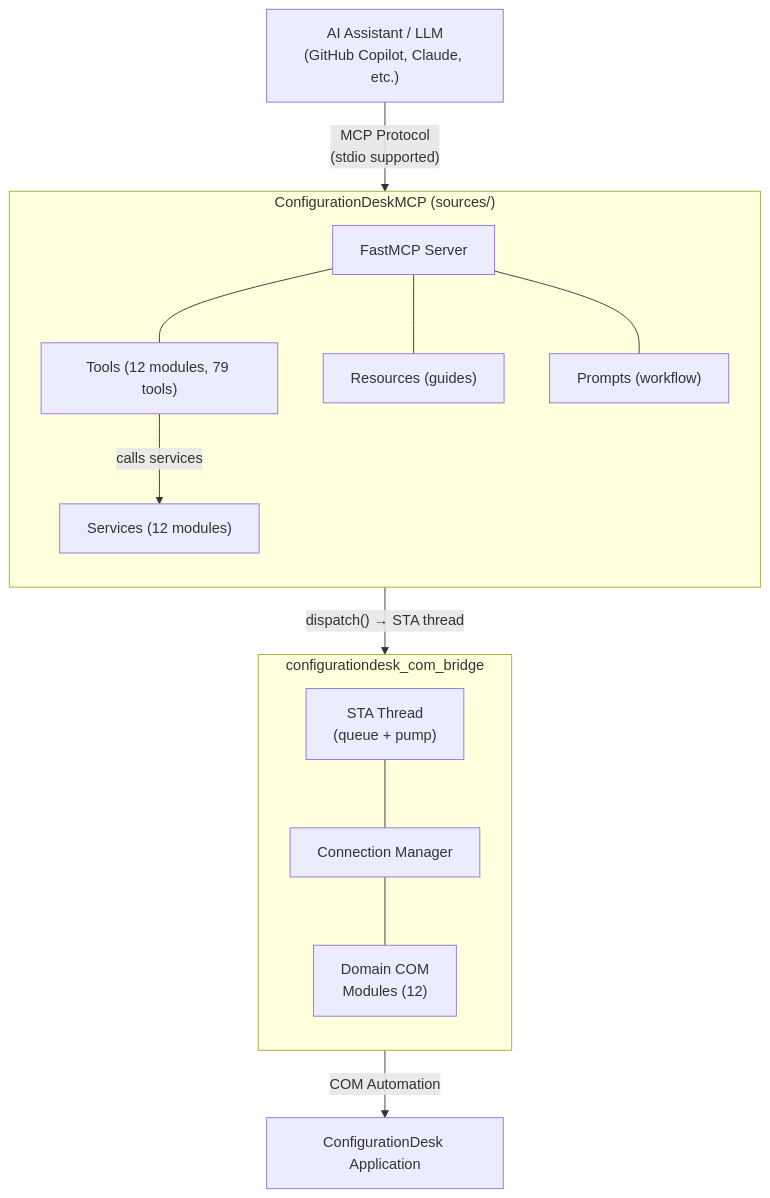
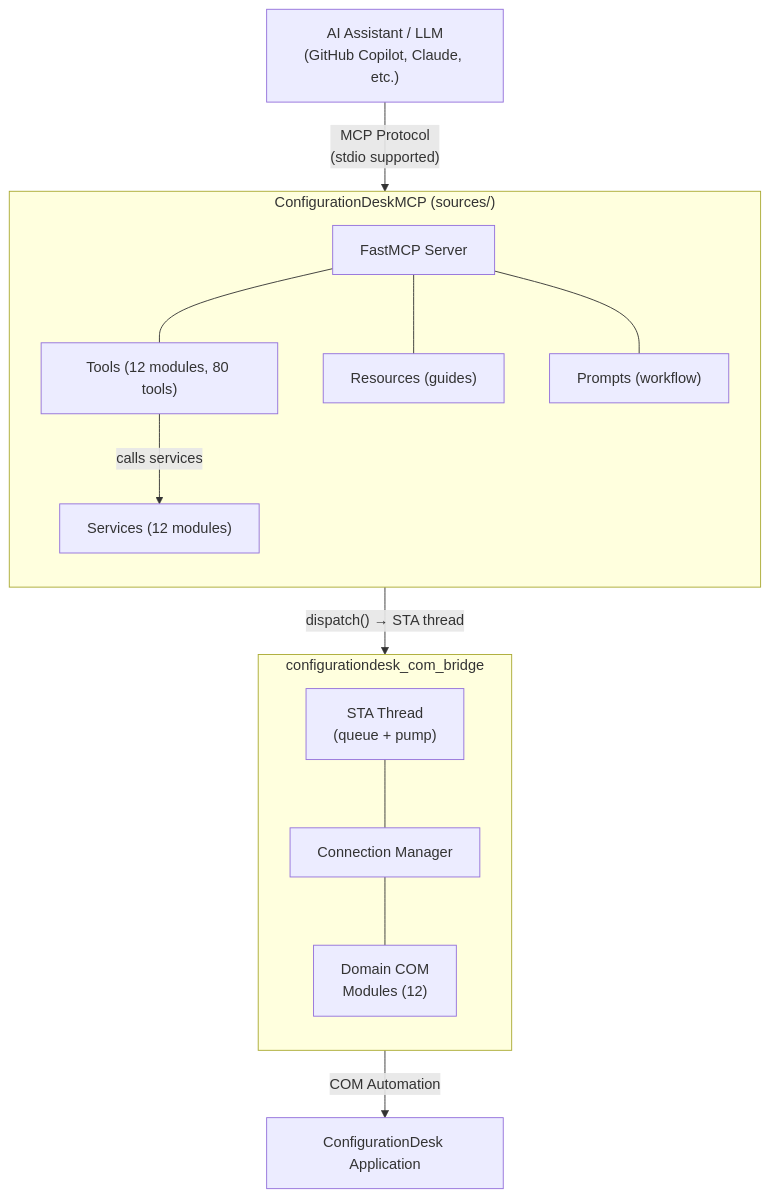
The first of 2 diagrams in ARCHITECTURE.md (dspace-group/ConfigurationDeskBusManagerMCP), drawn with Mermaid before and after one commit. The commit also changed other lines of this file and 16 other files, not shown here.

````diff
--- a/ARCHITECTURE.md
+++ b/ARCHITECTURE.md
@@ -20,27 +20,27 @@
 ```mermaid
 flowchart TB
     LLM["AI Assistant / LLM\n(GitHub Copilot, Claude, etc.)"]
     LLM -->|"MCP Protocol\n(stdio supported)"| Server
 
     subgraph MCP["ConfigurationDeskMCP  (sources/)"]
         direction TB
         Server["FastMCP Server"]
-        Tools["Tools (12 modules, 79 tools)"]
+        Tools["Tools (12 modules, 80 tools)"]
         Resources["Resources (guides)"]
         Prompts["Prompts (workflow)"]
         Services["Services (12 modules)"]
         Server --- Tools & Resources & Prompts
         Tools -->|"calls services"| Services
     end
 
     subgraph Bridge["configurationdesk_com_bridge"]
         direction TB
         STA["STA Thread\n(queue + pump)"]
         Conn["Connection Manager"]
         Domains["Domain COM\nModules (12)"]
         STA --- Conn --- Domains
     end
 
     Services -->|"dispatch() → STA thread"| Bridge
     Bridge -->|"COM Automation"| CD["ConfigurationDesk Application"]
 ```
````
